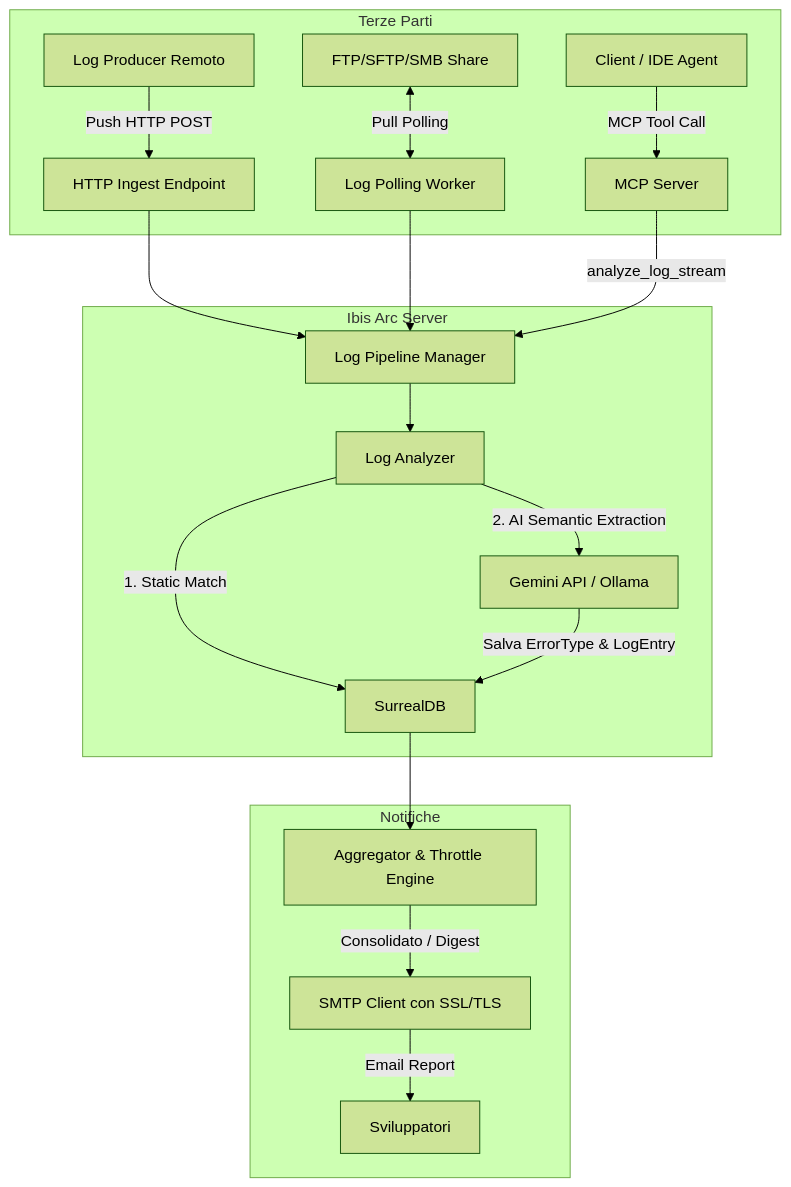
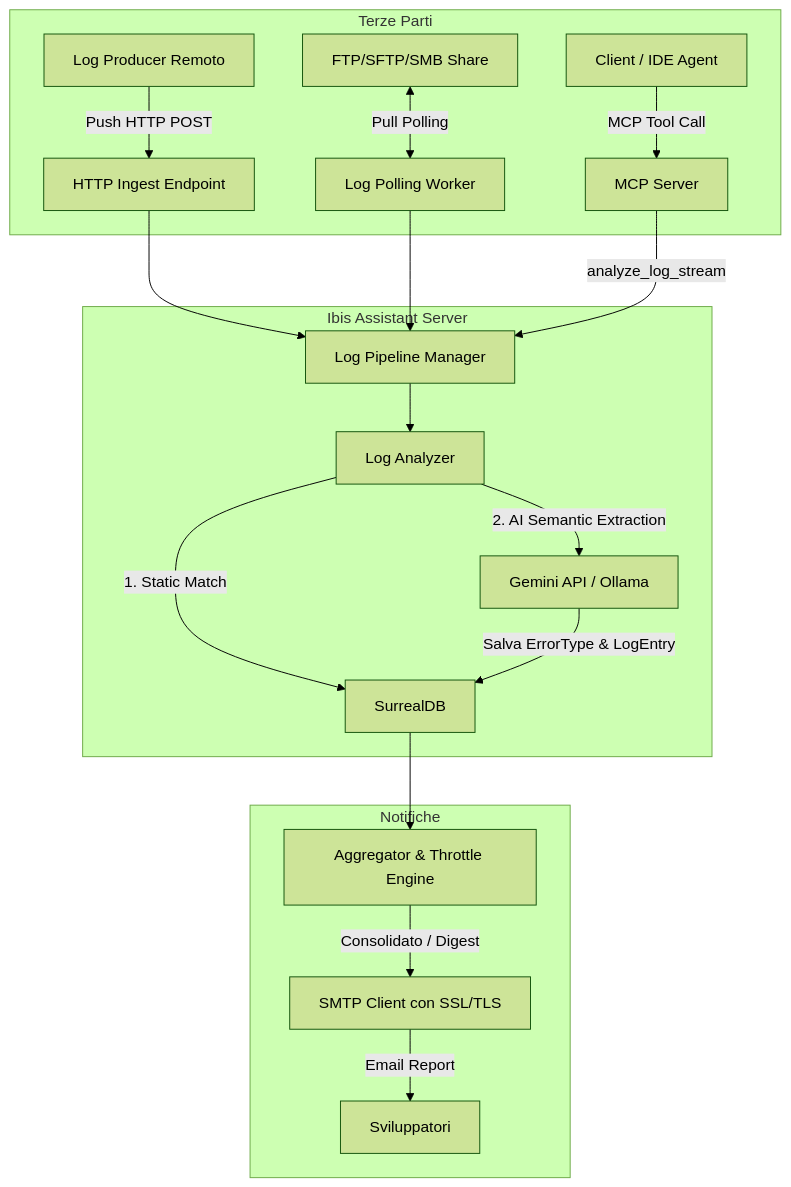
One commit to terenzif/ibis-assistant changed the diagram in docs/log_analysis_extension_proposal.md. Above: the diagram before and after it, drawn with Mermaid (forest theme). The commit also changed other lines of this file and 92 other files, not shown here.

Commit message:
chore: rename product code to ibis-assistant

````diff
--- a/docs/log_analysis_extension_proposal.md
+++ b/docs/log_analysis_extension_proposal.md
@@ -28,25 +28,25 @@
 ```mermaid
 flowchart TD
     subgraph Terze Parti
         A[Log Producer Remoto] -->|Push HTTP POST| B[HTTP Ingest Endpoint]
         C[FTP/SFTP/SMB Share] <-->|Pull Polling| D[Log Polling Worker]
         E[Client / IDE Agent] -->|MCP Tool Call| F[MCP Server]
     end
 
-    subgraph Ibis Arc Server
+    subgraph Ibis Assistant Server
         B --> G[Log Pipeline Manager]
         D --> G
         F -->|analyze_log_stream| G
         
         G --> H[Log Analyzer]
         H -->|1. Static Match| I[SurrealDB]
         H -->|2. AI Semantic Extraction| J[Gemini API / Ollama]
         J -->|Salva ErrorType & LogEntry| I
     end
 
     subgraph Notifiche
         I --> K[Aggregator & Throttle Engine]
         K -->|Consolidato / Digest| L[SMTP Client con SSL/TLS]
         L -->|Email Report| M[Sviluppatori]
     end
 ```
````
